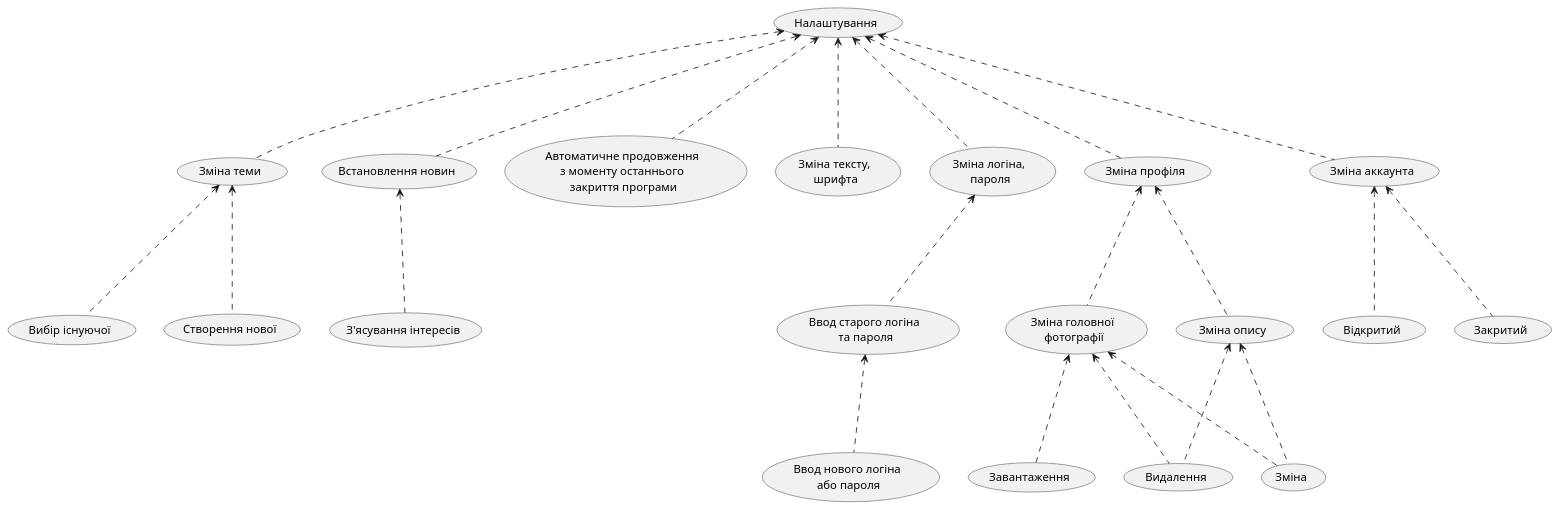
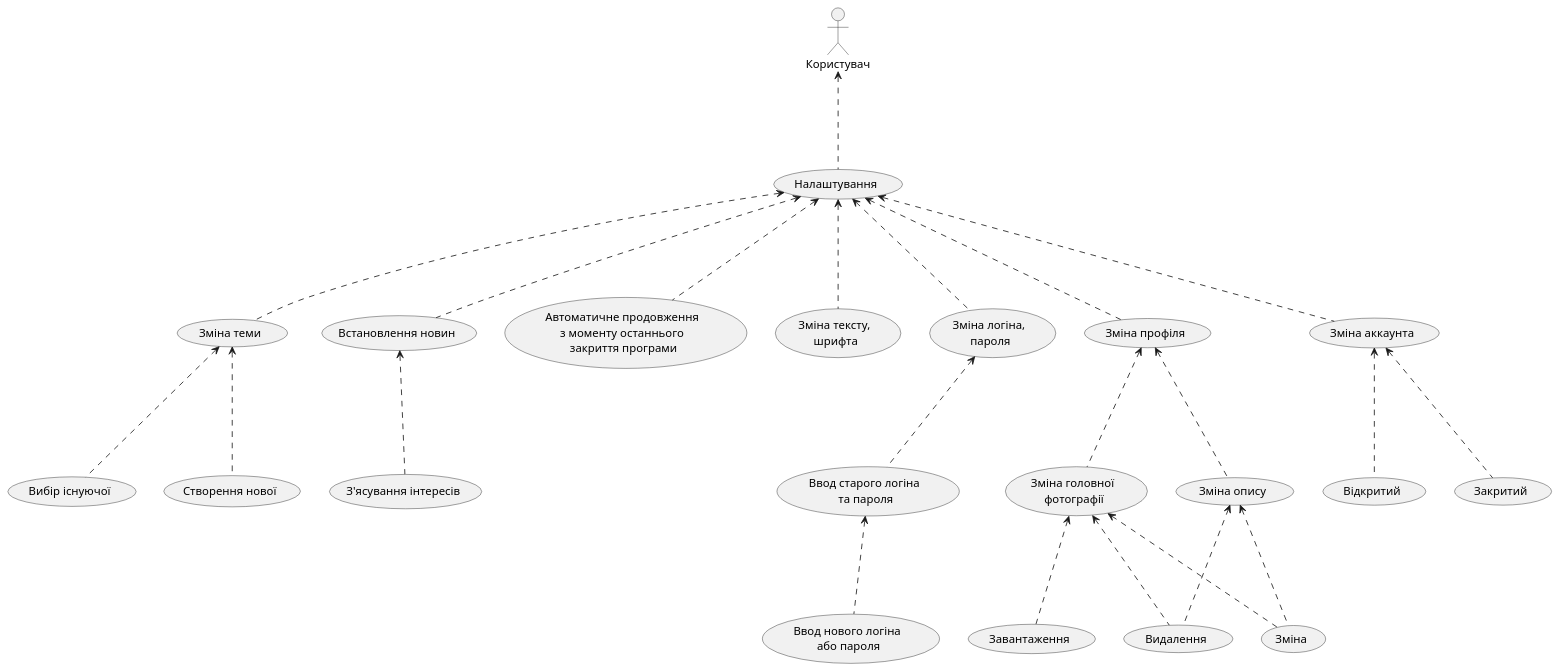
Before and after one commit to Ananasik-bet/occured-FICT: the diagram in Project/doc/useCaseDiagrams/plantUml/settings.puml, drawn with PlantUML.

```diff
--- a/Project/doc/useCaseDiagrams/plantUml/settings.puml
+++ b/Project/doc/useCaseDiagrams/plantUml/settings.puml
@@ -1,29 +1,33 @@
 @startuml
+
+:Користувач: as user
+
+user<...(Налаштування)
 
 (Налаштування)<...(Зміна теми)
 (Налаштування)<...(Встановлення новин)
 (Налаштування)<...(Автоматичне продовження \nз моменту останнього \nзакриття програми)
 (Налаштування)<...(Зміна тексту, \nшрифта)
 (Налаштування)<...(Зміна логіна, \nпароля)
 (Налаштування)<...(Зміна профіля)
 (Налаштування)<...(Зміна аккаунта)
 
 (Зміна теми)<...(Вибір існуючої)
 (Зміна теми)<...(Створення нової)
 
 (Встановлення новин)<...(З'ясування інтересів)
 (Зміна логіна, \nпароля)<...(Ввод старого логіна \nта пароля)
 (Ввод старого логіна \nта пароля)<...(Ввод нового логіна \nабо пароля)
 
 (Зміна профіля)<...(Зміна головної \nфотографії)
 (Зміна головної \nфотографії)<...(Видалення)
 (Зміна головної \nфотографії)<...(Завантаження)
 (Зміна головної \nфотографії)<...(Зміна)
 
 (Зміна профіля)<...(Зміна опису)
 (Зміна опису)<...(Видалення)
 (Зміна опису)<...(Зміна)
 
 (Зміна аккаунта)<...(Відкритий)
 (Зміна аккаунта)<...(Закритий)
 @endum
```
